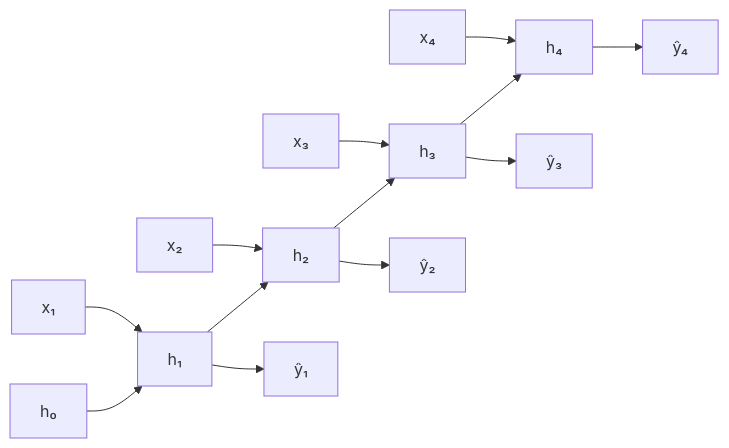
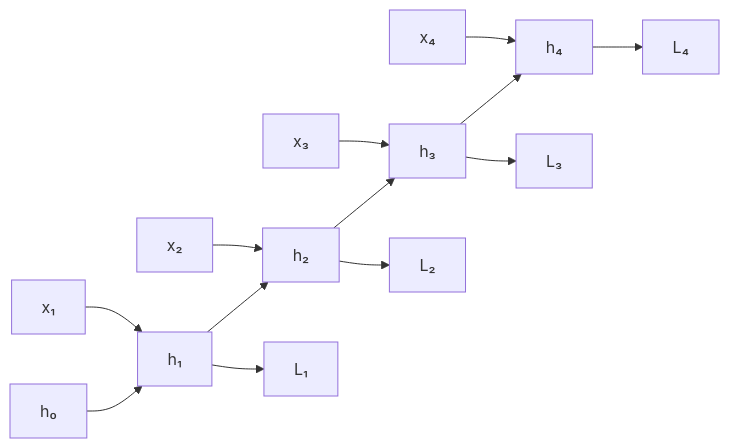
One commit to jiafan-tiaocan/jiafan-tiaocan.github.io changed the second of 2 diagrams in content/算法基础/简单理解RNN：神经网络如何记住前文.md. Above: the diagram before and after it, drawn with Mermaid. The commit also changed other lines of this file and 1 other file, not shown here.

````diff
--- a/content/算法基础/简单理解RNN：神经网络如何记住前文.md
+++ b/content/算法基础/简单理解RNN：神经网络如何记住前文.md
@@ -99,15 +135,15 @@
 ```mermaid
 flowchart LR
     H0["h₀"] --> H1["h₁"]
     H1 --> H2["h₂"]
     H2 --> H3["h₃"]
     H3 --> H4["h₄"]
     X1["x₁"] --> H1
     X2["x₂"] --> H2
     X3["x₃"] --> H3
     X4["x₄"] --> H4
-    H1 --> Y1["ŷ₁"]
-    H2 --> Y2["ŷ₂"]
-    H3 --> Y3["ŷ₃"]
-    H4 --> Y4["ŷ₄"]
+    H1 --> L1["L₁"]
+    H2 --> L2["L₂"]
+    H3 --> L3["L₃"]
+    H4 --> L4["L₄"]
 ```
````
